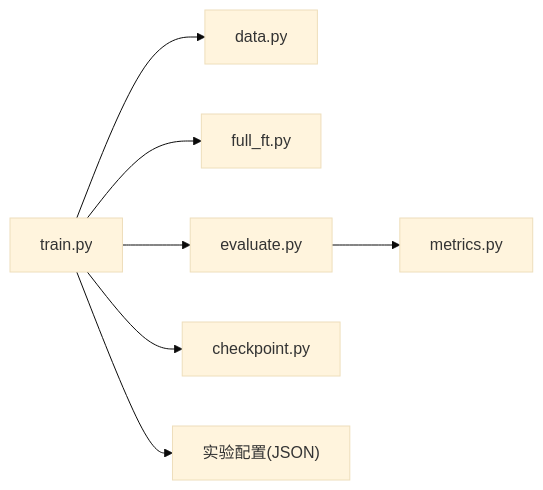
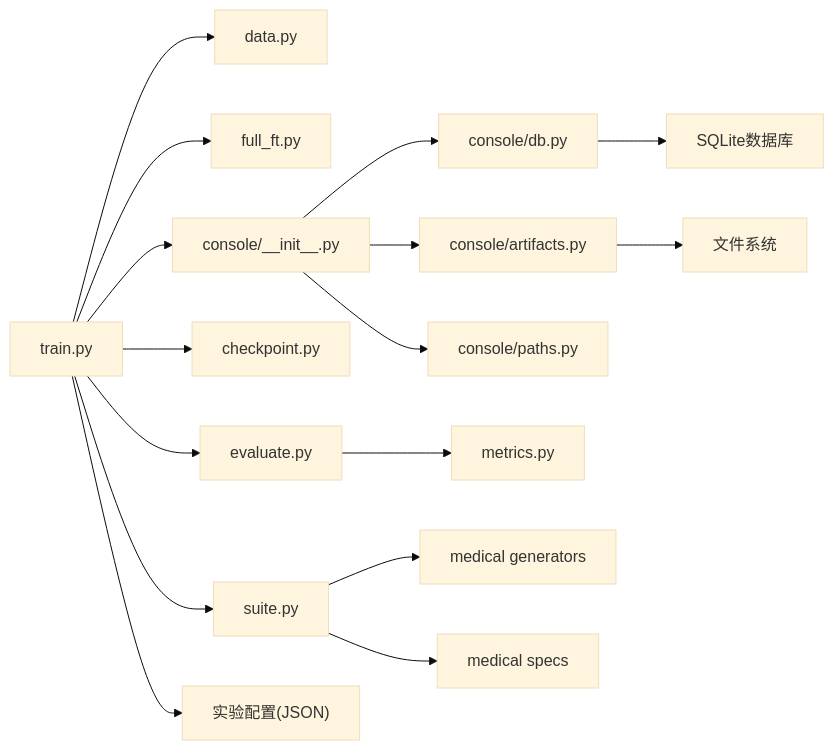
Before and after one commit to joezxh/kev: diagram 12 of 12 in .qoder/repowiki/zh/content/训练框架/训练框架.md, drawn with Mermaid (base theme). The commit also changed other lines of this file and 70 other files, not shown here.

````diff
--- a/.qoder/repowiki/zh/content/训练框架/训练框架.md
+++ b/.qoder/repowiki/zh/content/训练框架/训练框架.md
@@ -299,9 +547,18 @@
 ```mermaid
 graph LR
 Train["train.py"] --> Data["data.py"]
 Train --> FT["full_ft.py"]
 Train --> Eval["evaluate.py"]
 Train --> CKPT["checkpoint.py"]
+Train --> Suite["suite.py"]
+Train --> Console["console/__init__.py"]
+Console --> Store["console/db.py"]
+Console --> Artifacts["console/artifacts.py"]
+Console --> Paths["console/paths.py"]
 Eval --> Metrics["metrics.py"]
+Suite --> MedGen["medical generators"]
+Suite --> MedSpec["medical specs"]
+Store --> SQLite["SQLite数据库"]
+Artifacts --> FS["文件系统"]
 Train --> Exp["实验配置(JSON)"]
 ```
````
